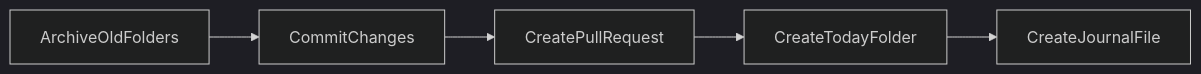
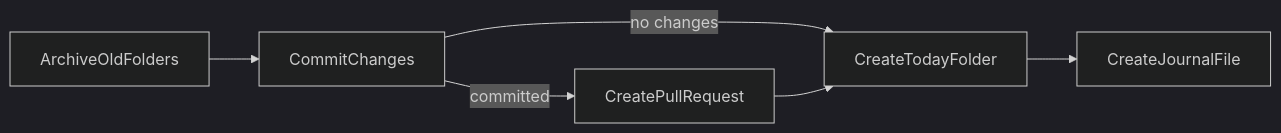
One commit to merrellkd/business-os-automations changed the diagram in journal_daily_setup/docs/design.md. Above: the diagram before and after it, drawn with Mermaid (dark theme). The commit also changed other lines of this file and 2 other files, not shown here.

Commit message:
Update journal flow with conditional PR step

````diff
--- a/journal_daily_setup/docs/design.md
+++ b/journal_daily_setup/docs/design.md
@@ -7,7 +7,8 @@
 ```mermaid
 flowchart LR
     A[ArchiveOldFolders] --> B[CommitChanges]
-    B --> C[CreatePullRequest]
-    C --> D[CreateTodayFolder]
+    B -->|no changes| D[CreateTodayFolder]
+    B -->|committed| C[CreatePullRequest]
+    C --> D
     D --> E[CreateJournalFile]
 ```
````
